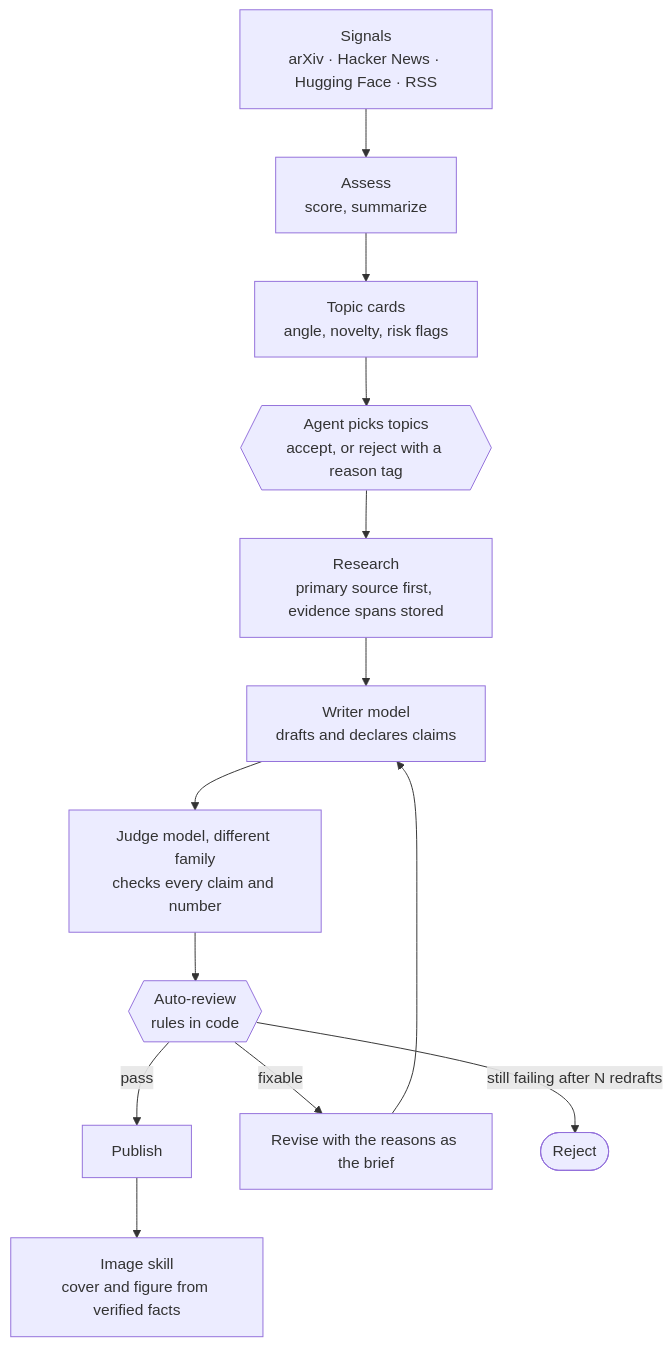
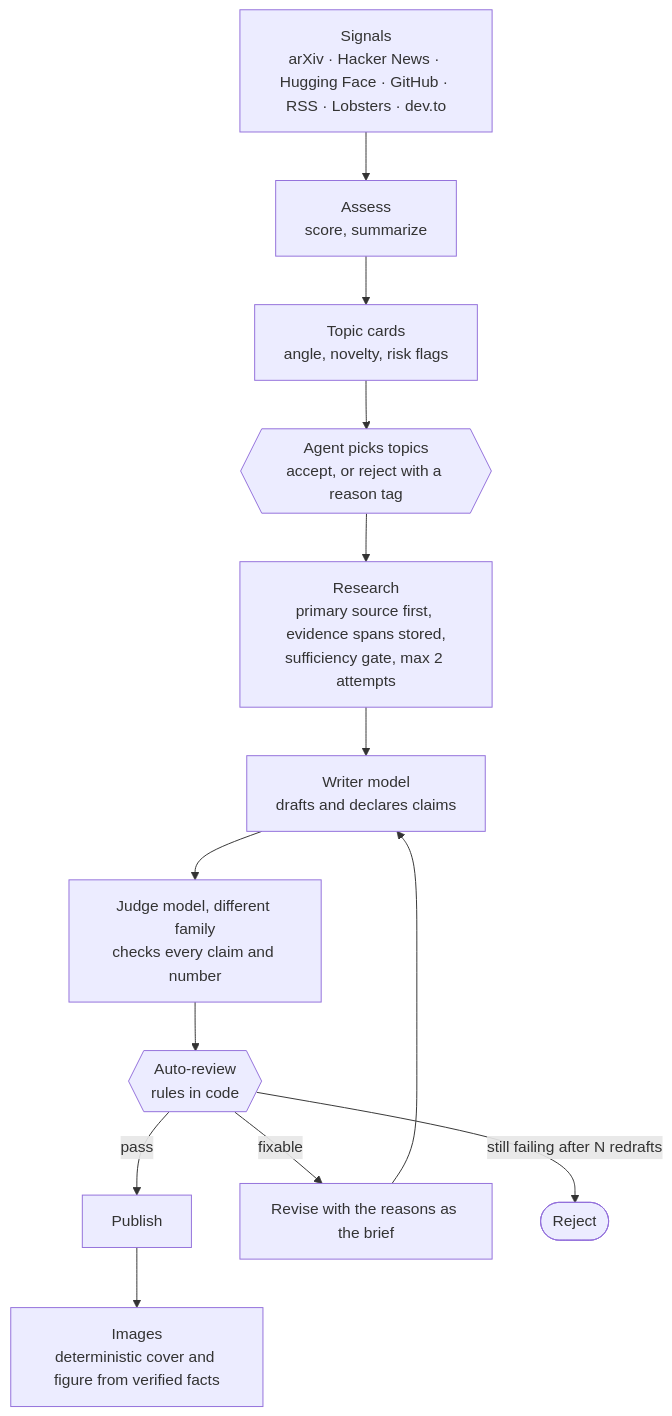
The second of 2 diagrams in README.md (suraj-shrivastav/signalforge), drawn with Mermaid before and after one commit. The commit also changed other lines of this file and 1 other file, not shown here.

Commit message:
docs: architecture overview and README refresh (#135)

````diff
--- a/README.md
+++ b/README.md
@@ -40,15 +40,15 @@
 ```mermaid
 flowchart TD
-    S["Signals<br/>arXiv · Hacker News · Hugging Face · RSS"] --> AS["Assess<br/>score, summarize"]
+    S["Signals<br/>arXiv · Hacker News · Hugging Face · GitHub · RSS · Lobsters · dev.to"] --> AS["Assess<br/>score, summarize"]
     AS --> C["Topic cards<br/>angle, novelty, risk flags"]
     C --> P{{"Agent picks topics<br/>accept, or reject with a reason tag"}}
-    P --> R["Research<br/>primary source first, evidence spans stored"]
+    P --> R["Research<br/>primary source first, evidence spans stored,<br/>sufficiency gate, max 2 attempts"]
     R --> W["Writer model<br/>drafts and declares claims"]
     W --> J["Judge model, different family<br/>checks every claim and number"]
     J --> AR{{"Auto-review<br/>rules in code"}}
     AR -->|pass| PUB["Publish"]
     AR -->|fixable| RV["Revise with the reasons as the brief"]
     RV --> W
     AR -->|still failing after N redrafts| RJ(["Reject"])
-    PUB --> IM["Image skill<br/>cover and figure from verified facts"]
+    PUB --> IM["Images<br/>deterministic cover and figure from verified facts"]
 ```
````
